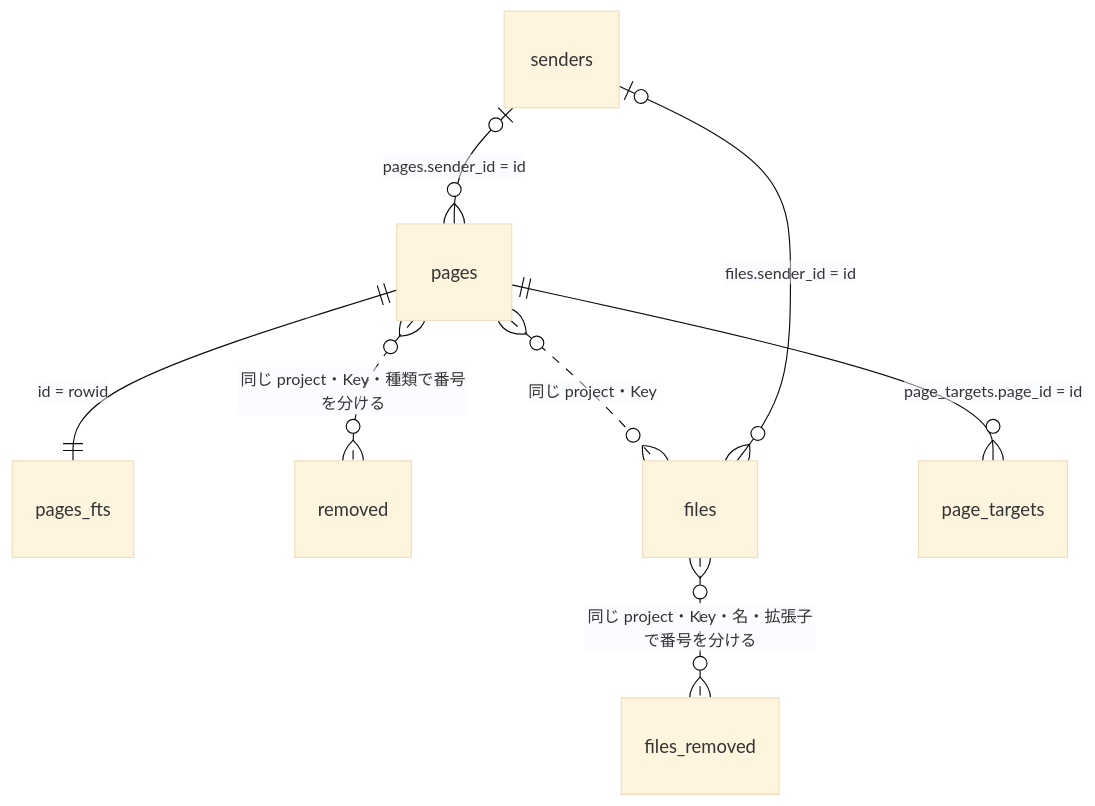
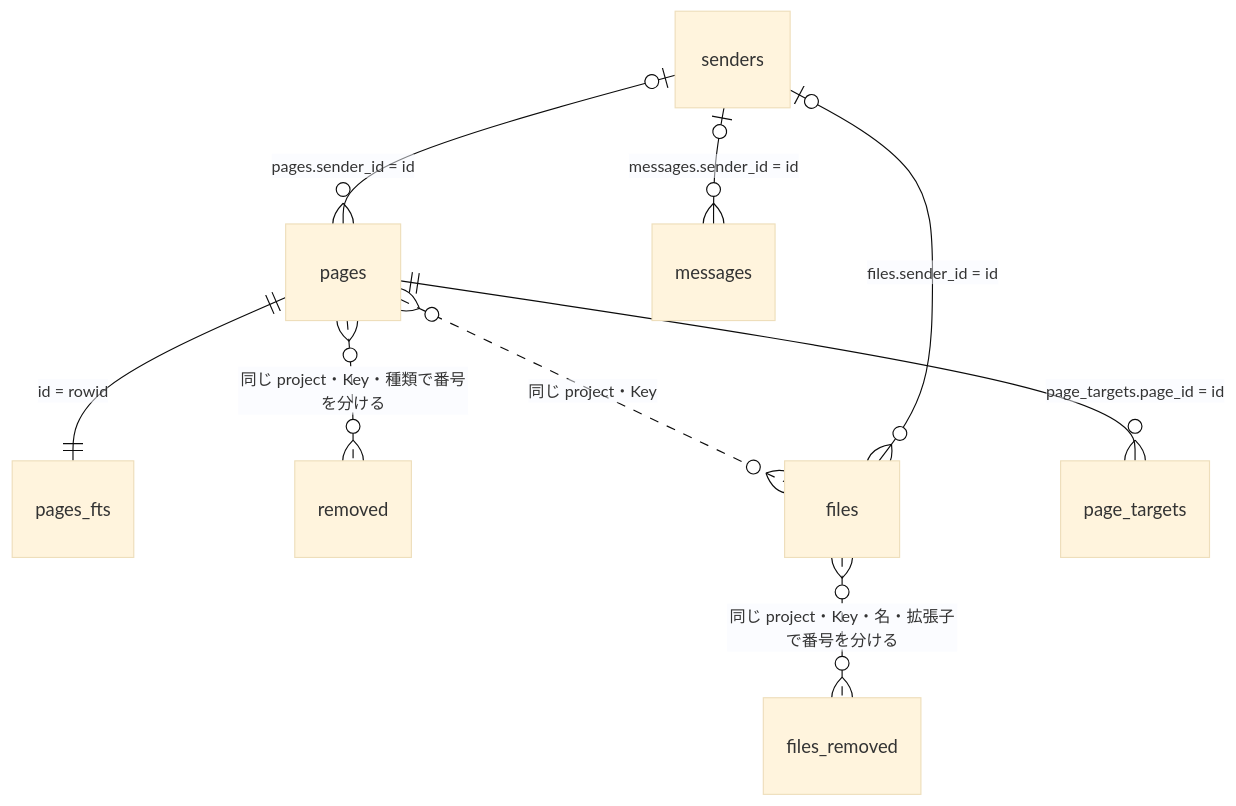
The diagram in docs/src/db.md (uraitakahito/pagetray), drawn with Mermaid (base theme) before and after one commit. The commit also changed other lines of this file and 71 other files, not shown here.

````diff
--- a/docs/src/db.md
+++ b/docs/src/db.md
@@ -11,10 +11,11 @@
 ```mermaid
 erDiagram
   pages ||--|| pages_fts : "id = rowid"
   pages }o..o{ removed : "同じ project・Key・種類で番号を分ける"
   pages }o..o{ files : "同じ project・Key"
   files }o..o{ files_removed : "同じ project・Key・名・拡張子で番号を分ける"
   senders |o--o{ pages : "pages.sender_id = id"
   senders |o--o{ files : "files.sender_id = id"
   pages ||--o{ page_targets : "page_targets.page_id = id"
+  senders |o--o{ messages : "messages.sender_id = id"
 ```
````
